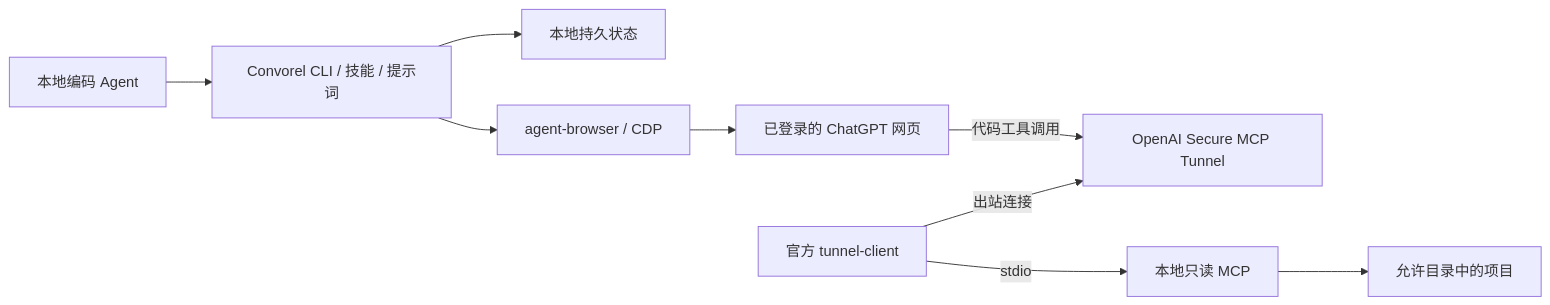
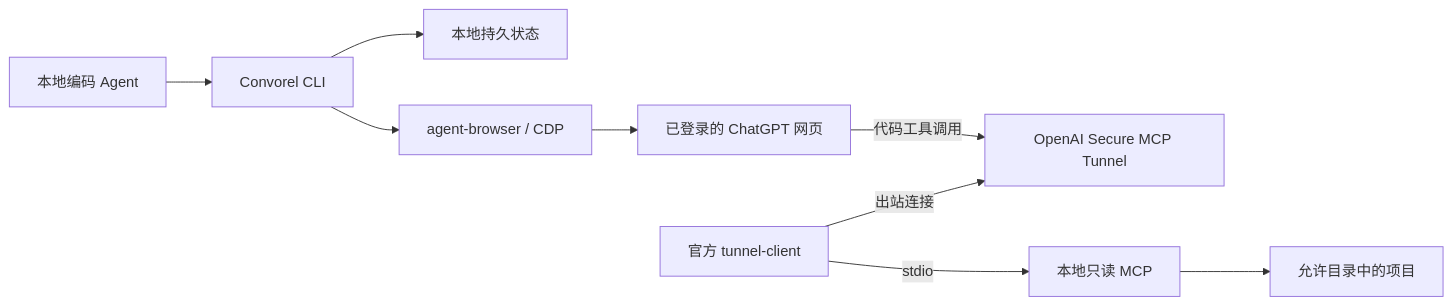
Before and after one commit to MarioJames/convorel: the diagram in README.md, drawn with Mermaid. The commit also changed other lines of this file and 16 other files, not shown here.

````diff
--- a/README.md
+++ b/README.md
@@ -27,11 +27,11 @@
 ```mermaid
 flowchart LR
-  Agent[本地编码 Agent] --> CLI[Convorel CLI / 技能 / 提示词]
+  Agent[本地编码 Agent] --> CLI[Convorel CLI]
   CLI --> State[本地持久状态]
   CLI --> Browser[agent-browser / CDP]
   Browser --> ChatGPT[已登录的 ChatGPT 网页]
   ChatGPT -->|代码工具调用| Tunnel[OpenAI Secure MCP Tunnel]
   MCP[本地只读 MCP] --> Repo[允许目录中的项目]
   Client[官方 tunnel-client] -->|出站连接| Tunnel
   Client -->|stdio| MCP
 ```
````
